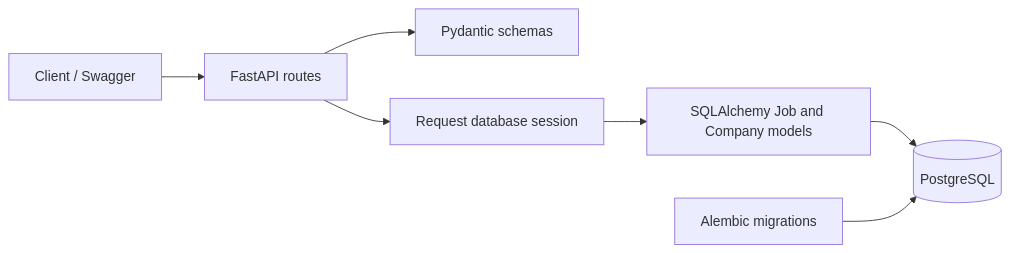
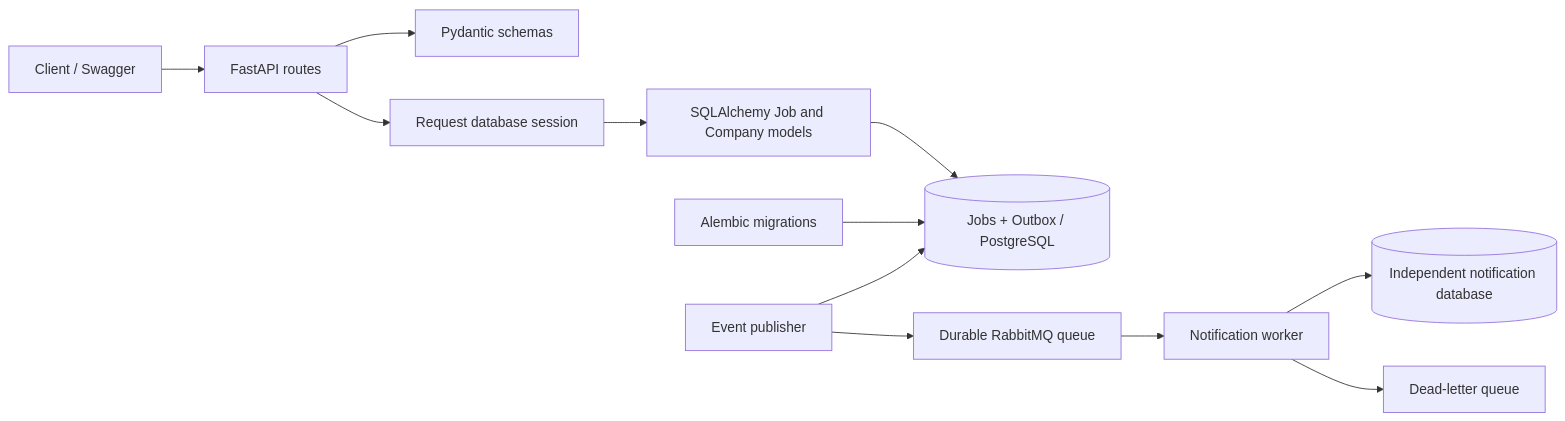
The first of 2 diagrams in README.md (zsklav/workwise), drawn with Mermaid before and after one commit. The commit also changed other lines of this file and 25 other files, not shown here.

Commit message:
Added RabbitMQ events and notification worker

````diff
--- a/README.md
+++ b/README.md
@@ -58,9 +63,14 @@
 ```mermaid
 flowchart LR
     Client[Client / Swagger] --> API[FastAPI routes]
     API --> Validation[Pydantic schemas]
     API --> Session[Request database session]
     Session --> ORM[SQLAlchemy Job and Company models]
-    ORM --> PostgreSQL[(PostgreSQL)]
+    ORM --> PostgreSQL[(Jobs + Outbox / PostgreSQL)]
     Alembic[Alembic migrations] --> PostgreSQL
+    Publisher[Event publisher] --> PostgreSQL
+    Publisher --> RabbitMQ[Durable RabbitMQ queue]
+    RabbitMQ --> Worker[Notification worker]
+    Worker --> Notifications[(Independent notification database)]
+    Worker --> DLQ[Dead-letter queue]
 ```
````
